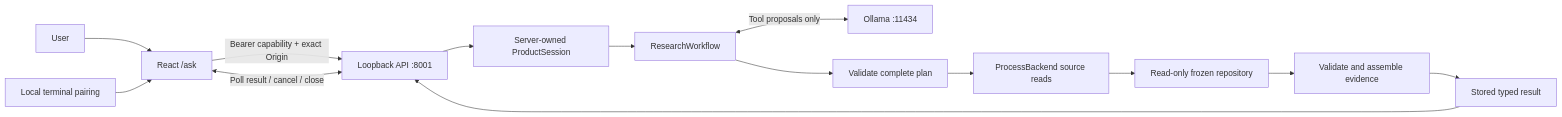
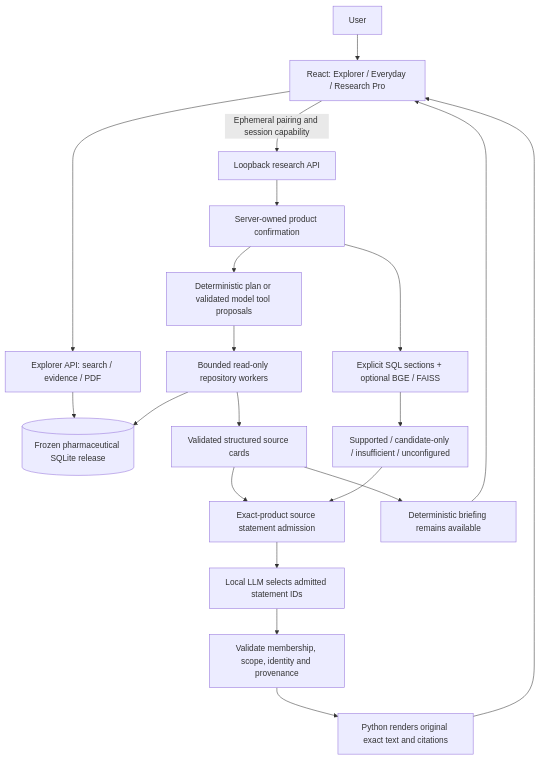
One commit to ChanduEsukula/dav-ai changed the diagram in README.md. Above: the diagram before and after it, drawn with Mermaid. The commit also changed other lines of this file and 34 other files, not shown here.

````diff
--- a/README.md
+++ b/README.md
@@ -25,16 +59,22 @@
 ```mermaid
-flowchart LR
-    Human["User"] --> UI["React /ask"]
-    Terminal["Local terminal pairing"] --> UI
-    UI -->|"Bearer capability + exact Origin"| API["Loopback API :8001"]
-    API --> Session["Server-owned ProductSession"]
-    Session --> Workflow["ResearchWorkflow"]
-    Workflow <-->|"Tool proposals only"| Ollama["Ollama :11434"]
-    Workflow --> Validate["Validate complete plan"]
-    Validate --> Worker["ProcessBackend source reads"]
-    Worker --> Repo["Read-only frozen repository"]
-    Repo --> Assemble["Validate and assemble evidence"]
-    Assemble --> Result["Stored typed result"]
-    UI <-->|"Poll result / cancel / close"| API
-    Result --> API
+flowchart TD
+    User[User] --> UI[React: Explorer / Everyday / Research Pro]
+    UI --> Explorer[Explorer API: search / evidence / PDF]
+    UI -->|Ephemeral pairing and session capability| Local[Loopback research API]
+    Local --> Identity[Server-owned product confirmation]
+    Identity --> Plan[Deterministic plan or validated model tool proposals]
+    Plan --> Worker[Bounded read-only repository workers]
+    Explorer --> Release[(Frozen pharmaceutical SQLite release)]
+    Worker --> Release
+    Worker --> Cards[Validated structured source cards]
+    Identity --> Hybrid[Explicit SQL sections + optional BGE / FAISS]
+    Hybrid --> Scoped[Supported / candidate-only / insufficient / unconfigured]
+    Cards --> Admission[Exact-product source statement admission]
+    Scoped --> Admission
+    Admission --> IDs[Local LLM selects admitted statement IDs]
+    IDs --> Validate[Validate membership, scope, identity and provenance]
+    Validate --> Answer[Python renders original exact text and citations]
+    Cards --> Fallback[Deterministic briefing remains available]
+    Answer --> UI
+    Fallback --> UI
 ```
````
